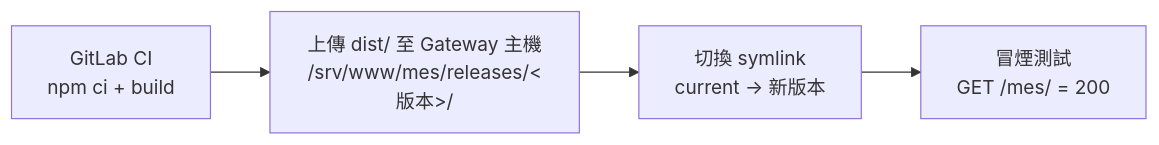
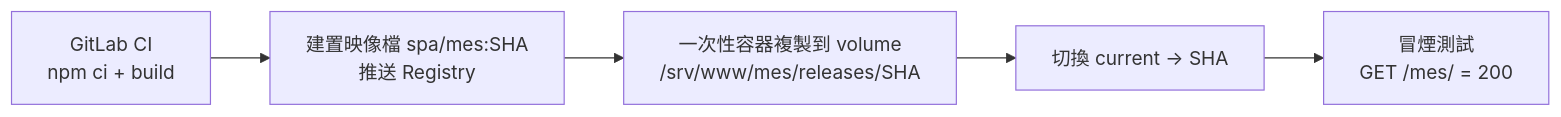
The second of 2 diagrams in docs/FRONTEND-GUIDE.md (WeiWeicode/giga-api-gateway-bff), drawn with Mermaid before and after one commit. The commit also changed other lines of this file and 19 other files, not shown here.

````diff
--- a/docs/FRONTEND-GUIDE.md
+++ b/docs/FRONTEND-GUIDE.md
@@ -271,6 +271,7 @@
 ```mermaid
 flowchart LR
-    A["GitLab CI<br/>npm ci + build"] --> B["上傳 dist/ 至 Gateway 主機<br/>/srv/www/mes/releases/&lt;版本&gt;/"]
-    B --> C["切換 symlink<br/>current → 新版本"]
-    C --> D["冒煙測試<br/>GET /mes/ = 200"]
+    A["GitLab CI<br/>npm ci + build"] --> B["建置映像檔 spa/mes:SHA<br/>推送 Registry"]
+    B --> C["一次性容器複製到 volume<br/>/srv/www/mes/releases/SHA"]
+    C --> D["切換 current → SHA"]
+    D --> E["冒煙測試<br/>GET /mes/ = 200"]
 ```
````
